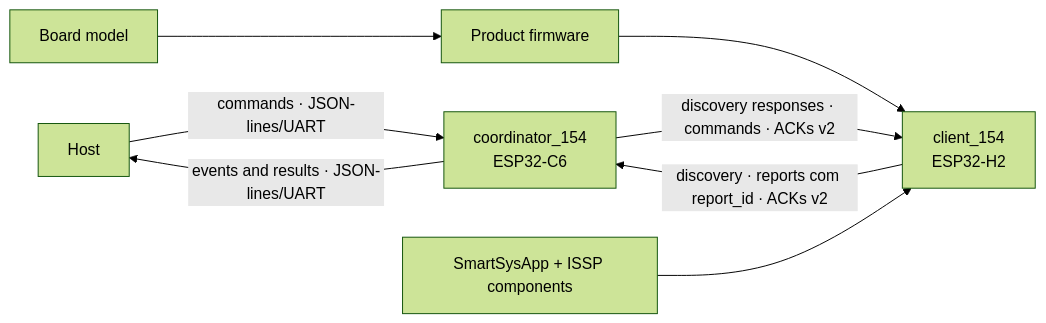
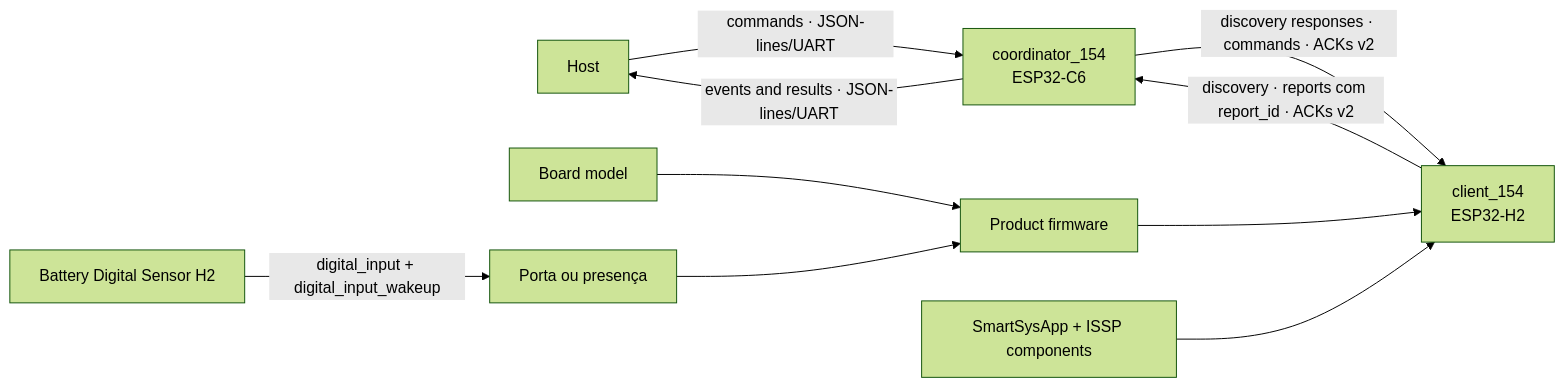
The diagram in docs/rfc/KNOWLEDGE-MAP.md (iotsmartsys/IoTSmartLink15.4), drawn with Mermaid (forest theme) before and after one commit. The commit also changed other lines of this file and 18 other files, not shown here.

Commit message:
feat: implement battery presence sensor H2 v0.2

````diff
--- a/docs/rfc/KNOWLEDGE-MAP.md
+++ b/docs/rfc/KNOWLEDGE-MAP.md
@@ -98,10 +98,12 @@
 ```mermaid
 flowchart LR
     Host["Host"] -->|"commands · JSON-lines/UART"| Coordinator["coordinator_154<br/>ESP32-C6"]
     Coordinator -->|"events and results · JSON-lines/UART"| Host
     Coordinator -->|"discovery responses · commands · ACKs v2"| Client["client_154<br/>ESP32-H2"]
     Client -->|"discovery · reports com report_id · ACKs v2"| Coordinator
     Product["Product firmware"] --> Client
     Board["Board model"] --> Product
+    DigitalBoard["Battery Digital Sensor H2"] -->|"digital_input + digital_input_wakeup"| BatteryProducts["Porta ou presença"]
+    BatteryProducts --> Product
     Shared["SmartSysApp + ISSP components"] --> Client
 ```
````
